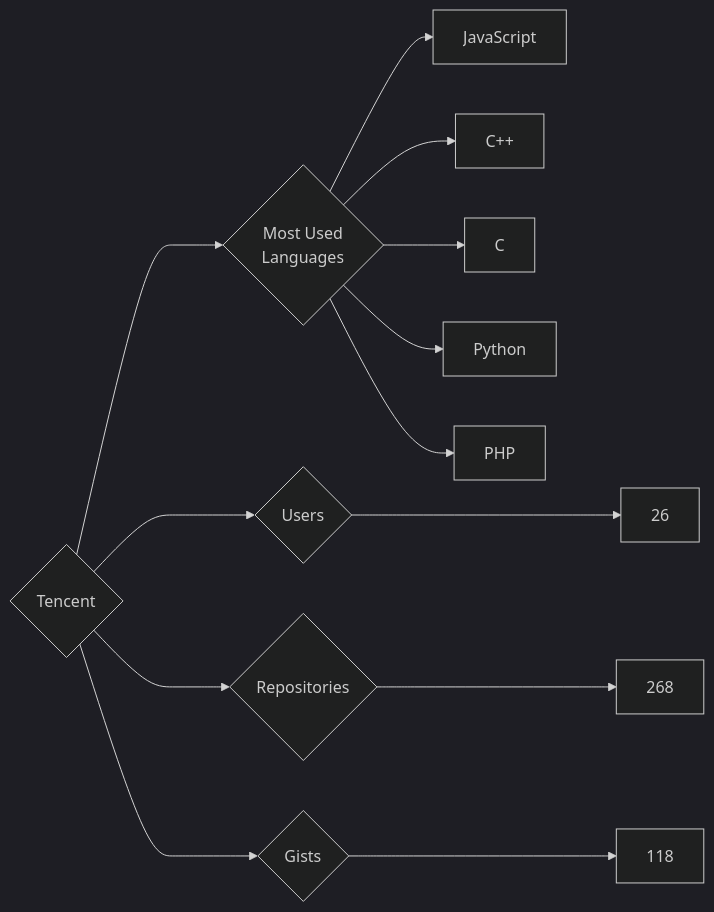
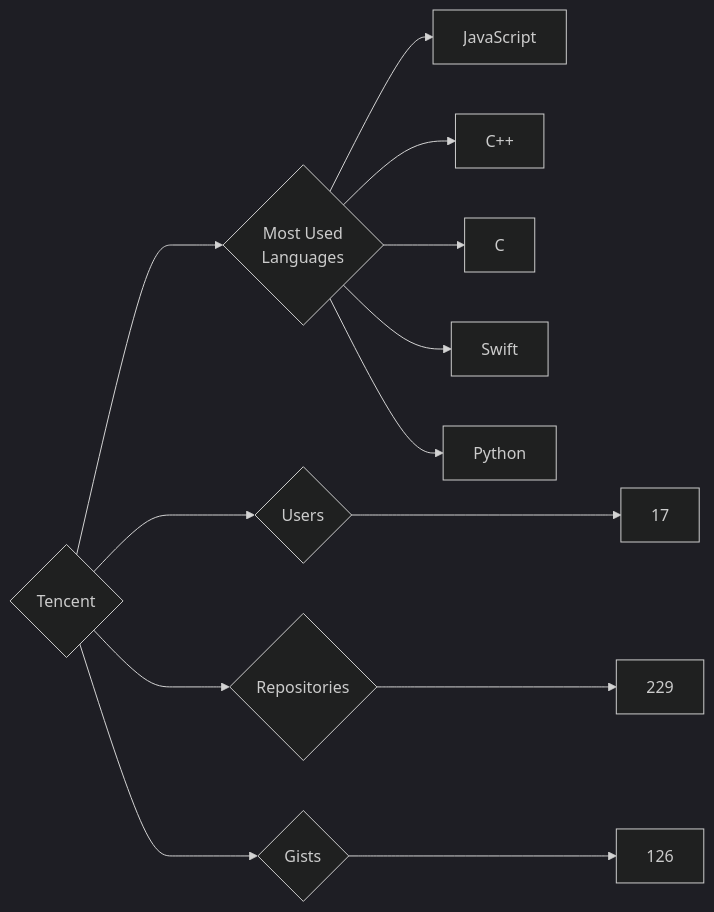
The diagram in targets/Tencent/README.md (trickest/insiders), drawn with Mermaid (dark theme) before and after one commit. The commit also changed 1484 other files, not shown here.

````diff
--- a/targets/Tencent/README.md
+++ b/targets/Tencent/README.md
@@ -3,13 +3,13 @@
 ```mermaid
 graph LR
 COMPANY_NAME{Tencent}
-COMPANY_NAME ---> U{Users} ---> UN[26]
-COMPANY_NAME ---> R{Repositories} ---> RN[268]
-COMPANY_NAME ---> G{Gists} ---> GN[118]
+COMPANY_NAME ---> U{Users} ---> UN[17]
+COMPANY_NAME ---> R{Repositories} ---> RN[229]
+COMPANY_NAME ---> G{Gists} ---> GN[126]
 COMPANY_NAME ---> ML{Most Used<br>Languages}
 ML --> JavaScript[JavaScript]
 ML --> C++[C++]
 ML --> C[C]
+ML --> Swift[Swift]
 ML --> Python[Python]
-ML --> PHP[PHP]
 ```
````
